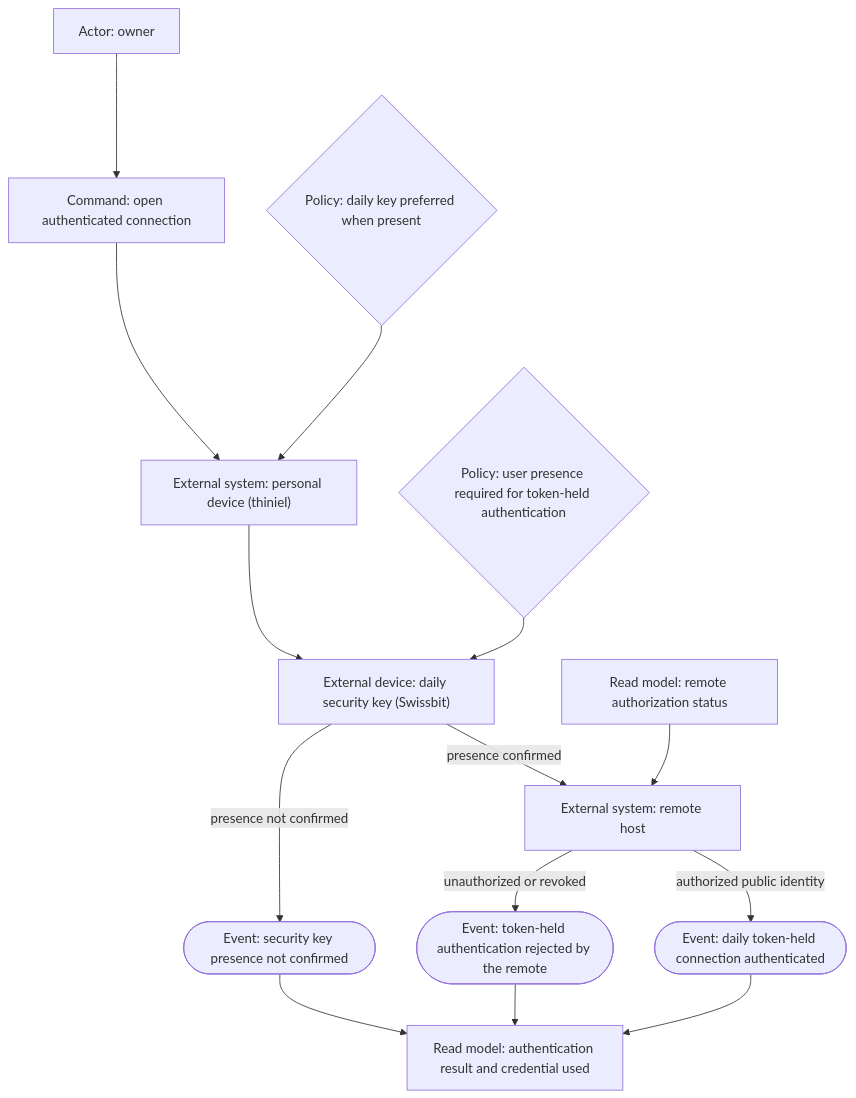
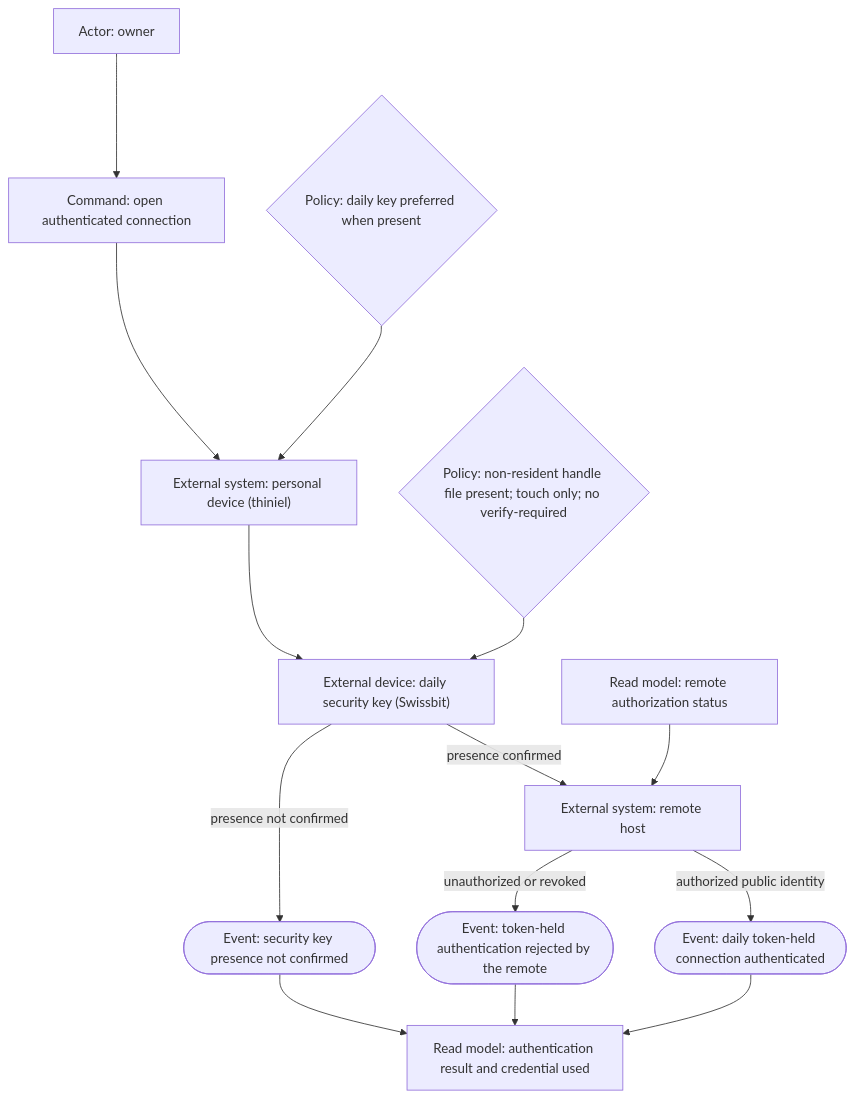
The fourth of 10 diagrams in givn/ideation/secure-token-keys/eventstorming.md (kressnerd/nix-config), drawn with Mermaid before and after one commit. The commit also changed other lines of this file and 10 other files, not shown here.

First line of the commit message:
docs(secure-token-keys): use non-resident SSH handles

````diff
--- a/givn/ideation/secure-token-keys/eventstorming.md
+++ b/givn/ideation/secure-token-keys/eventstorming.md
@@ -130,25 +140,25 @@
 ```mermaid
 flowchart TD
   dO["Actor: owner"]
   dC1["Command: open authenticated connection"]
   dDEV["External system: personal device (thiniel)"]
   dK1["External device: daily security key (Swissbit)"]
   dH["External system: remote host"]
   dE1(["Event: daily token-held connection authenticated"])
   dE2(["Event: security key presence not confirmed"])
   dE7(["Event: token-held authentication rejected by the remote"])
   dR1["Read model: authentication result and credential used"]
   dR3["Read model: remote authorization status"]
   dP1{"Policy: daily key preferred when present"}
-  dP2{"Policy: user presence required for token-held authentication"}
+  dP2{"Policy: non-resident handle file present; touch only; no verify-required"}
 
   dO --> dC1 --> dDEV
   dP1 --> dDEV
   dDEV --> dK1
   dP2 --> dK1
   dK1 -->|presence confirmed| dH
   dH -->|authorized public identity| dE1 --> dR1
   dH -->|unauthorized or revoked| dE7 --> dR1
   dK1 -->|presence not confirmed| dE2 --> dR1
   dR3 --> dH
 ```
````
